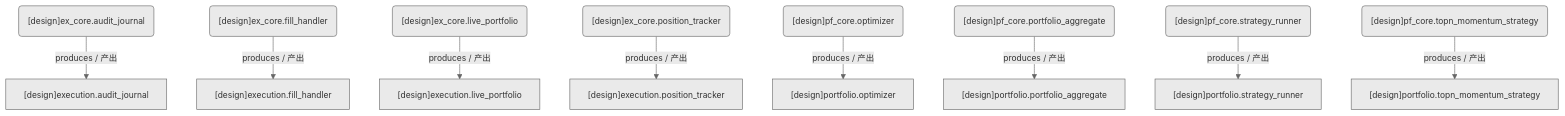
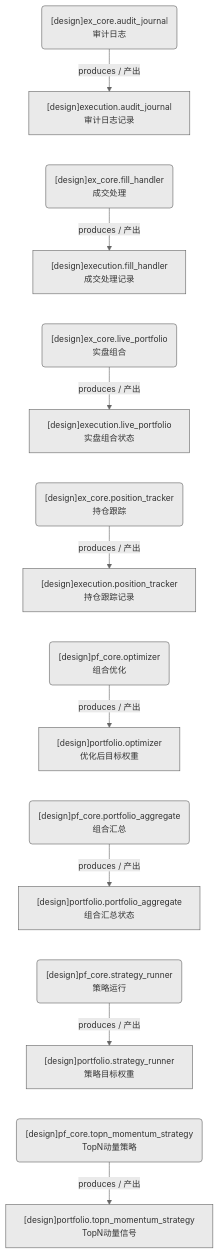
Before and after one commit to xuanFelixVan/ZephyrAlpha: the diagram in docs/02_enterprise_architecture/05_dataflow_architecture/d_ex_pf_core.md, drawn with Mermaid. The commit also changed other lines of this file and 11 other files, not shown here.

````diff
--- a/docs/02_enterprise_architecture/05_dataflow_architecture/d_ex_pf_core.md
+++ b/docs/02_enterprise_architecture/05_dataflow_architecture/d_ex_pf_core.md
@@ -21,28 +23,35 @@
 ```mermaid
 %%{init: {'theme': 'base', 'themeVariables': {'primaryColor': '#eaeaea', 'primaryTextColor': '#333333', 'primaryBorderColor': '#666666', 'lineColor': '#666666', 'secondaryColor': '#eaeaea', 'tertiaryColor': '#eaeaea', 'fontSize': '14px'}}}%%
 flowchart TD
-    DS11263["[design]execution.audit_journal"]
-    DS11264["[design]execution.fill_handler"]
-    DS11266["[design]execution.live_portfolio"]
-    DS11265["[design]execution.position_tracker"]
-    DS11267["[design]portfolio.optimizer"]
-    DS11268["[design]portfolio.portfolio_aggregate"]
-    DS11269["[design]portfolio.strategy_runner"]
-    DS11270["[design]portfolio.topn_momentum_strategy"]
-    JOB757627("[design]ex_core.audit_journal")
-    JOB757628("[design]ex_core.fill_handler")
-    JOB757630("[design]ex_core.live_portfolio")
-    JOB757629("[design]ex_core.position_tracker")
-    JOB757631("[design]pf_core.optimizer")
-    JOB757632("[design]pf_core.portfolio_aggregate")
-    JOB757633("[design]pf_core.strategy_runner")
-    JOB757634("[design]pf_core.topn_momentum_strategy")
+    DS11263["[design]execution.audit_journal<br/>审计日志记录"]
+    DS11264["[design]execution.fill_handler<br/>成交处理记录"]
+    DS11266["[design]execution.live_portfolio<br/>实盘组合状态"]
+    DS11265["[design]execution.position_tracker<br/>持仓跟踪记录"]
+    DS11267["[design]portfolio.optimizer<br/>优化后目标权重"]
+    DS11268["[design]portfolio.portfolio_aggregate<br/>组合汇总状态"]
+    DS11269["[design]portfolio.strategy_runner<br/>策略目标权重"]
+    DS11270["[design]portfolio.topn_momentum_strategy<br/>TopN动量信号"]
+    JOB757627("[design]ex_core.audit_journal<br/>审计日志")
+    JOB757628("[design]ex_core.fill_handler<br/>成交处理")
+    JOB757630("[design]ex_core.live_portfolio<br/>实盘组合")
+    JOB757629("[design]ex_core.position_tracker<br/>持仓跟踪")
+    JOB757631("[design]pf_core.optimizer<br/>组合优化")
+    JOB757632("[design]pf_core.portfolio_aggregate<br/>组合汇总")
+    JOB757633("[design]pf_core.strategy_runner<br/>策略运行")
+    JOB757634("[design]pf_core.topn_momentum_strategy<br/>TopN动量策略")
     JOB757627 -->|produces / 产出| DS11263
     JOB757628 -->|produces / 产出| DS11264
     JOB757629 -->|produces / 产出| DS11265
     JOB757630 -->|produces / 产出| DS11266
     JOB757631 -->|produces / 产出| DS11267
     JOB757632 -->|produces / 产出| DS11268
     JOB757633 -->|produces / 产出| DS11269
     JOB757634 -->|produces / 产出| DS11270
+    DS11263 ~~~ JOB757628
+    DS11264 ~~~ JOB757630
+    DS11266 ~~~ JOB757629
+    DS11265 ~~~ JOB757631
+    DS11267 ~~~ JOB757632
+    DS11268 ~~~ JOB757633
+    DS11269 ~~~ JOB757634
 ```
````
